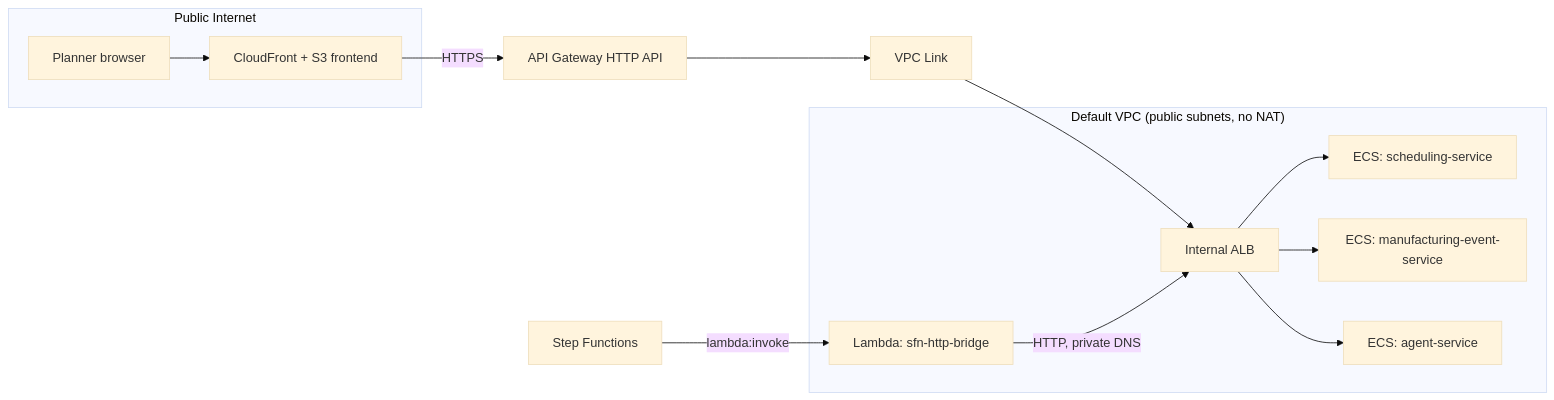
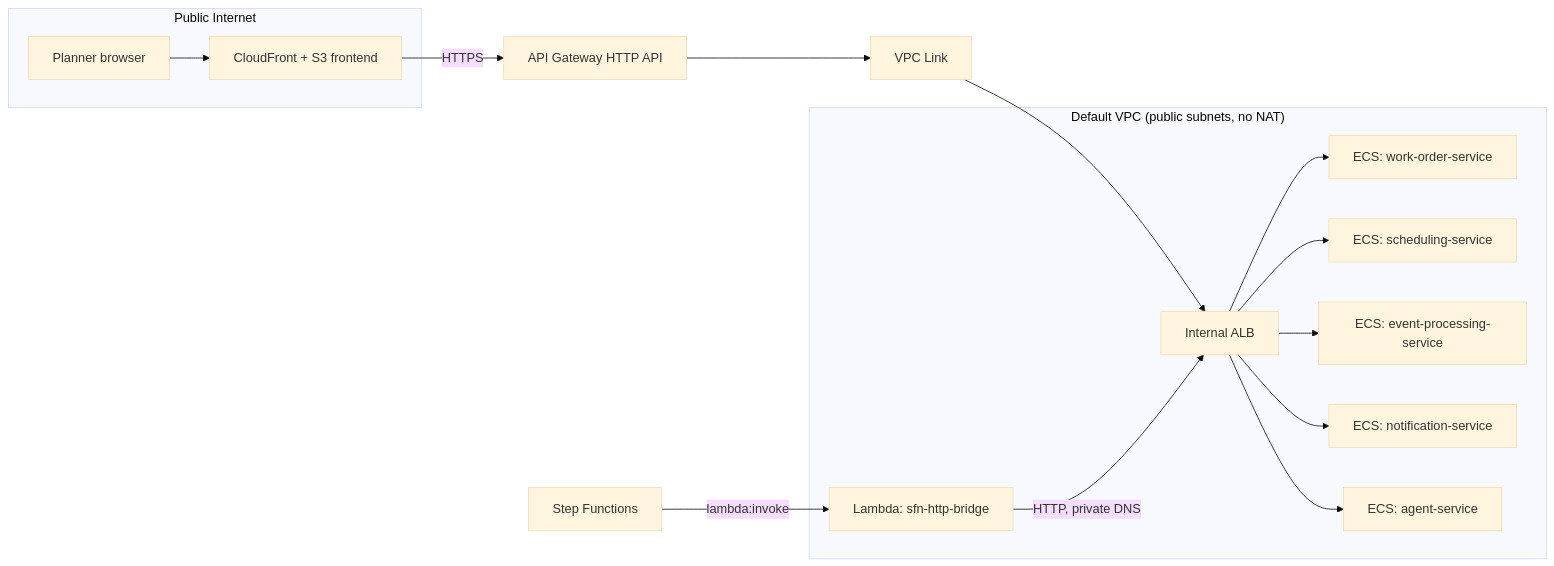
One commit to jax4000-ai/aeroplan-ai changed the diagram in docs/infrastructure-spec.md. Above: the diagram before and after it, drawn with Mermaid (base theme). The commit also changed other lines of this file and 14 other files, not shown here.

First line of the commit message:
Refine architecture to match detailed diagram: 4-service Java split, Launch Readiness Agent, Rocket/TestResult/LaunchPreparation entities, S3

````diff
--- a/docs/infrastructure-spec.md
+++ b/docs/infrastructure-spec.md
@@ -26,26 +26,30 @@
 ```mermaid
 flowchart LR
     subgraph Public Internet
         FE[CloudFront + S3 frontend]
         Planner[Planner browser]
     end
     APIGW[API Gateway HTTP API]
     VPCLink[VPC Link]
     subgraph "Default VPC (public subnets, no NAT)"
         ALB[Internal ALB]
+        WOS[ECS: work-order-service]
         SCHED[ECS: scheduling-service]
-        EVENT[ECS: manufacturing-event-service]
+        EVENT[ECS: event-processing-service]
+        NOTIFY[ECS: notification-service]
         AGENT[ECS: agent-service]
         LAMBDA[Lambda: sfn-http-bridge]
     end
     SFN[Step Functions]
 
     Planner --> FE
     FE -->|HTTPS| APIGW
     APIGW --> VPCLink --> ALB
     SFN -->|lambda:invoke| LAMBDA
     LAMBDA -->|HTTP, private DNS| ALB
+    ALB --> WOS
     ALB --> SCHED
     ALB --> EVENT
+    ALB --> NOTIFY
     ALB --> AGENT
 ```
````
